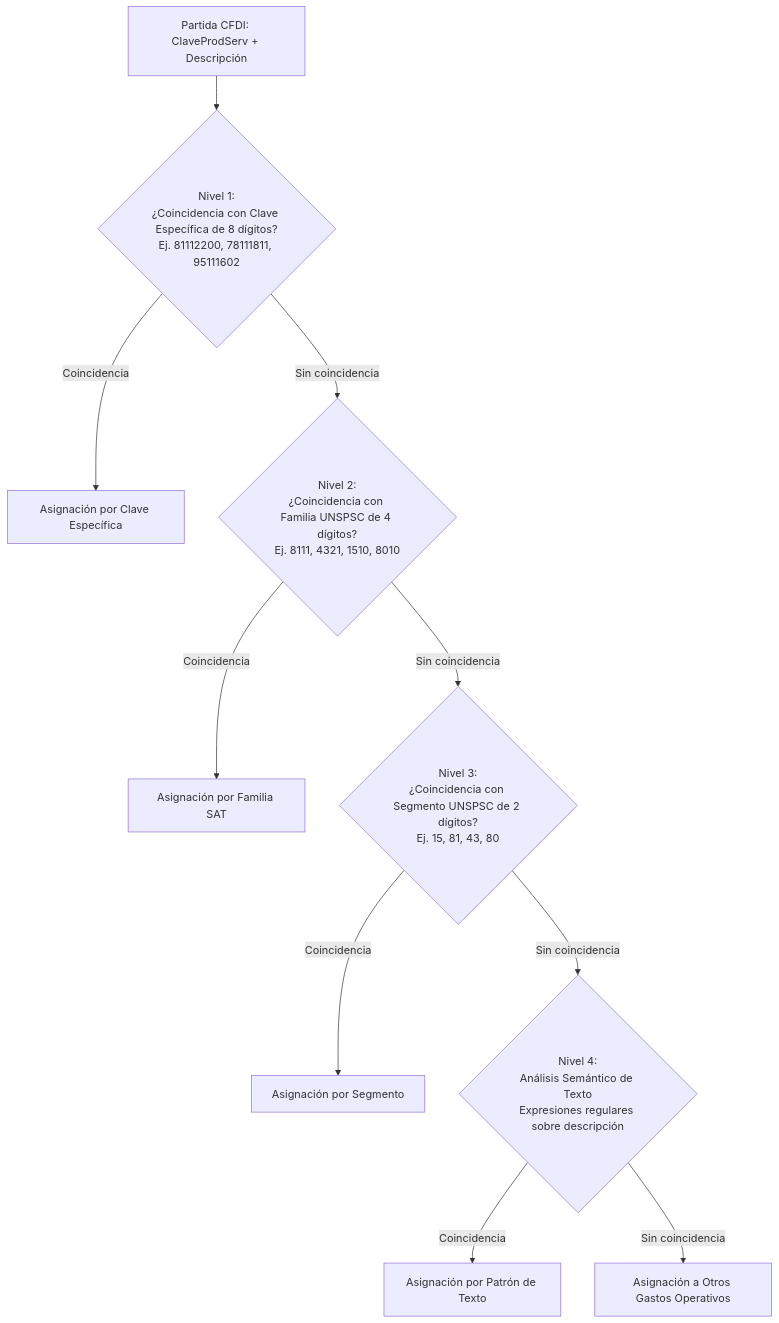
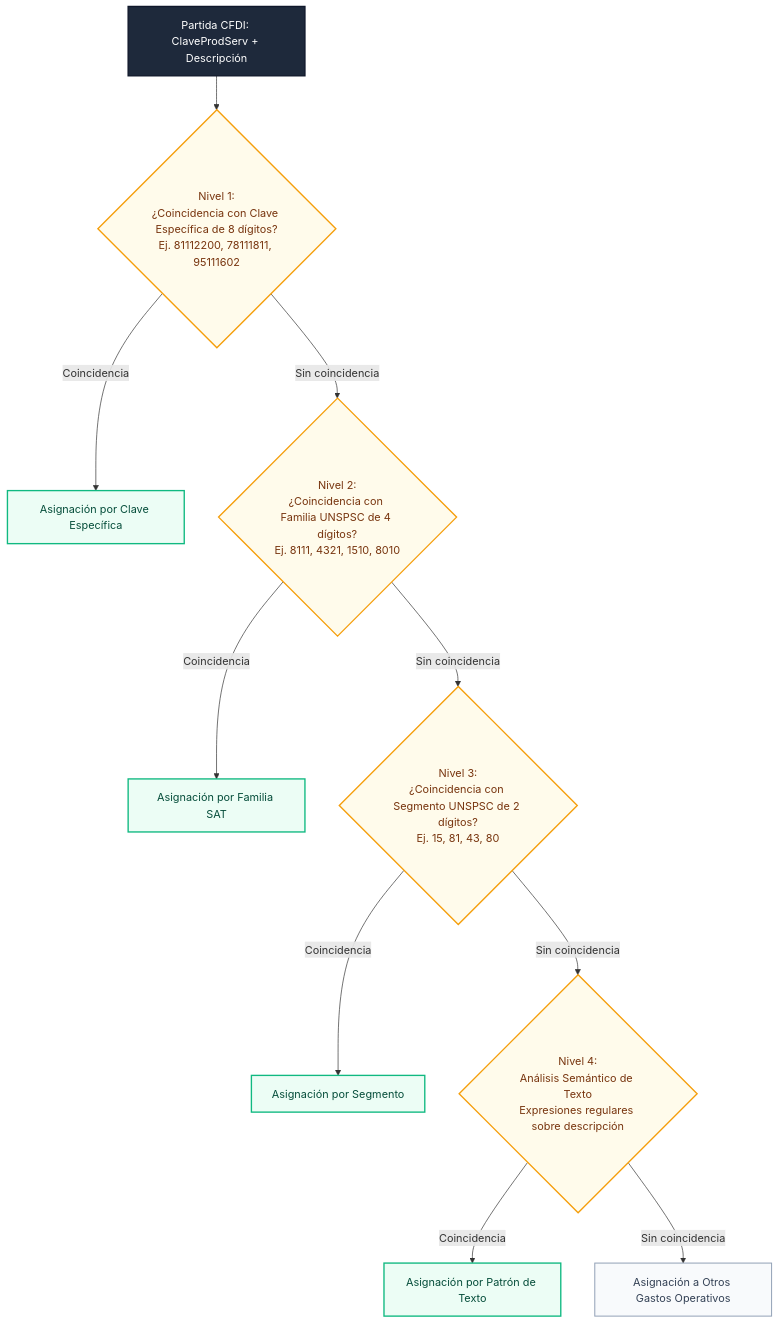
Before and after one commit to shellaquiles/tribuTACOS: the diagram in docs/04_catalogos_sat_taxonomia.md, drawn with Mermaid. The commit also changed 6 other files, not shown here.

Commit message:
refactor: standardize documentation diagrams with vertical orientation and consistent color-coded styling

````diff
--- a/docs/04_catalogos_sat_taxonomia.md
+++ b/docs/04_catalogos_sat_taxonomia.md
@@ -29,16 +29,26 @@
 ```mermaid
 graph TD
     Start[Partida CFDI: ClaveProdServ + Descripción] --> N1{Nivel 1:\n¿Coincidencia con Clave Específica de 8 dígitos?\nEj. 81112200, 78111811, 95111602}
     
     N1 -->|Coincidencia| Res1[Asignación por Clave Específica]
     N1 -->|Sin coincidencia| N2{Nivel 2:\n¿Coincidencia con Familia UNSPSC de 4 dígitos?\nEj. 8111, 4321, 1510, 8010}
     
     N2 -->|Coincidencia| Res2[Asignación por Familia SAT]
     N2 -->|Sin coincidencia| N3{Nivel 3:\n¿Coincidencia con Segmento UNSPSC de 2 dígitos?\nEj. 15, 81, 43, 80}
     
     N3 -->|Coincidencia| Res3[Asignación por Segmento]
     N3 -->|Sin coincidencia| N4{Nivel 4:\nAnálisis Semántico de Texto\nExpresiones regulares sobre descripción}
     
     N4 -->|Coincidencia| Res4[Asignación por Patrón de Texto]
     N4 -->|Sin coincidencia| Fallback[Asignación a Otros Gastos Operativos]
+
+    classDef startNode fill:#1e293b,stroke:#0f172a,stroke-width:2px,color:#ffffff;
+    classDef decisionNode fill:#fffbeb,stroke:#f59e0b,stroke-width:2px,color:#78350f;
+    classDef matchNode fill:#ecfdf5,stroke:#10b981,stroke-width:2px,color:#064e3b;
+    classDef fallbackNode fill:#f8fafc,stroke:#94a3b8,stroke-width:1.5px,color:#334155;
+
+    class Start startNode;
+    class N1,N2,N3,N4 decisionNode;
+    class Res1,Res2,Res3,Res4 matchNode;
+    class Fallback fallbackNode;
 ```
````
